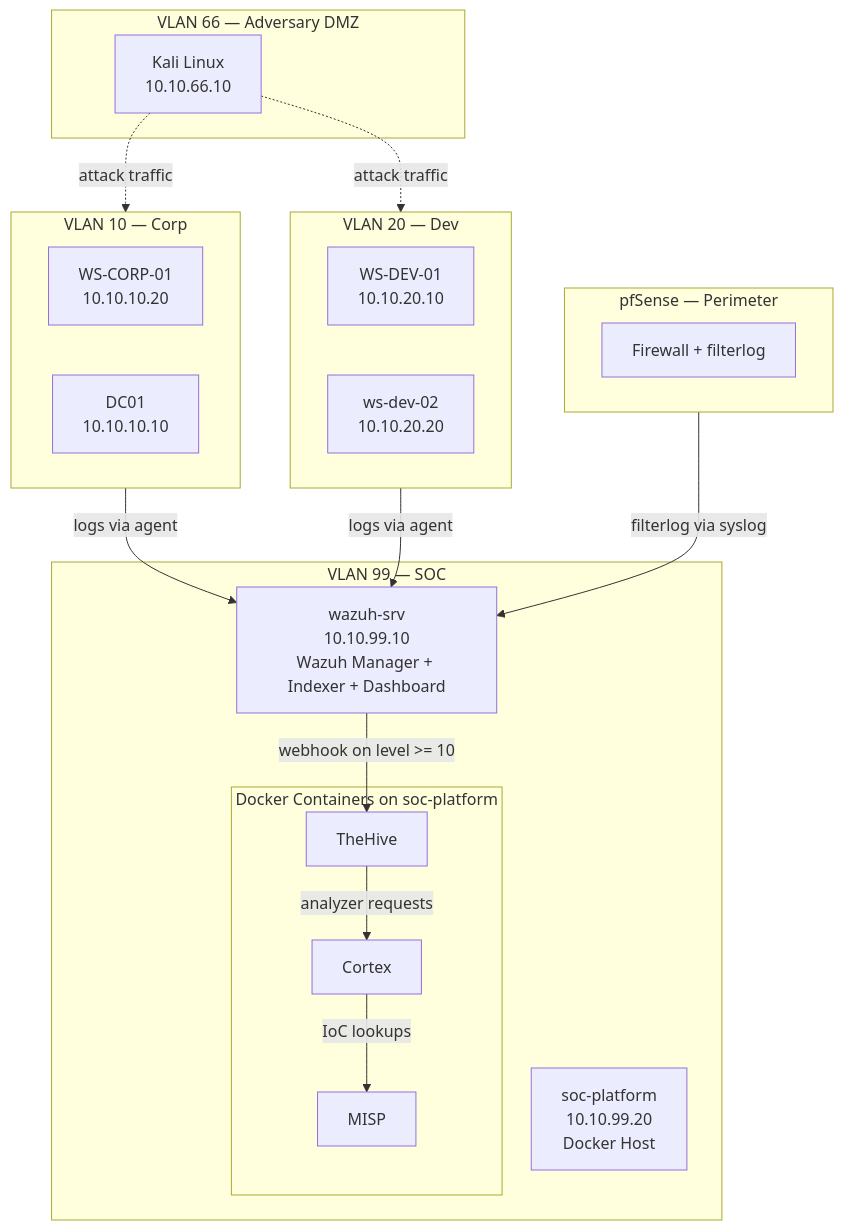
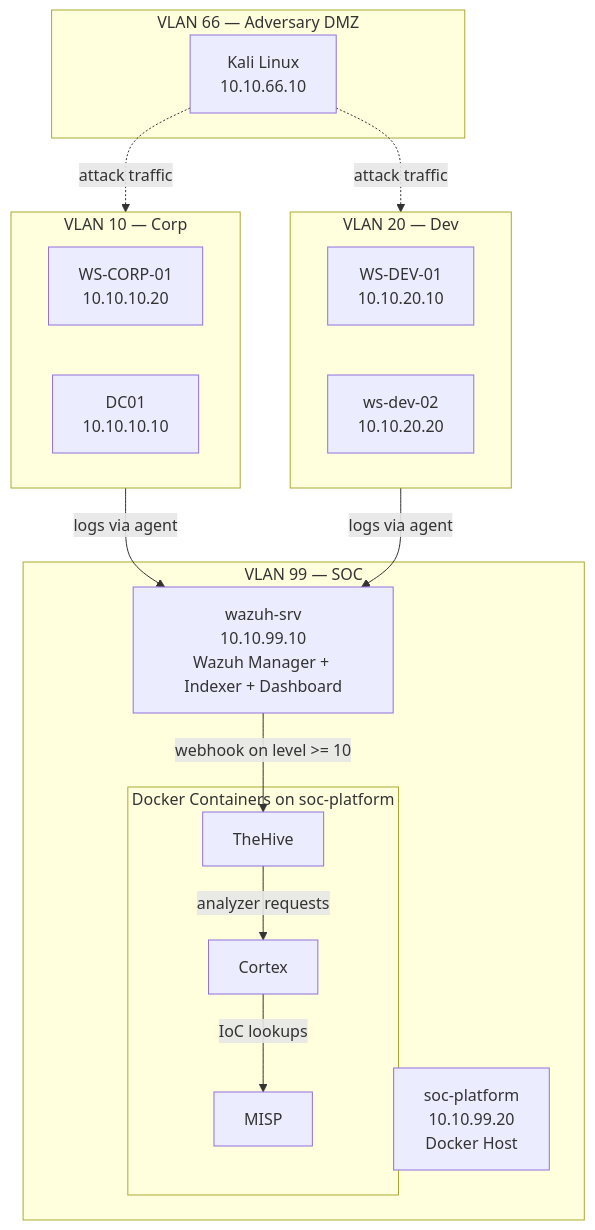
The diagram in docs/07-soc-platform/01-architecture.md (DanielBandarica02/SOC-HomeLab), drawn with Mermaid before and after one commit.

````diff
--- a/docs/07-soc-platform/01-architecture.md
+++ b/docs/07-soc-platform/01-architecture.md
@@ -32,39 +32,34 @@
 ```mermaid
 flowchart TB
     subgraph vlan66[VLAN 66 — Adversary DMZ]
         kali[Kali Linux<br/>10.10.66.10]
     end
  
     subgraph vlan10[VLAN 10 — Corp]
         wscorp[WS-CORP-01<br/>10.10.10.20]
         dc[DC01<br/>10.10.10.10]
     end
  
     subgraph vlan20[VLAN 20 — Dev]
         wsdev01[WS-DEV-01<br/>10.10.20.10]
         wsdev02[ws-dev-02<br/>10.10.20.20]
     end
  
-    subgraph pfsense[pfSense — Perimeter]
-        fw[Firewall + filterlog]
-    end
- 
     subgraph vlan99[VLAN 99 — SOC]
         wazuhsrv[wazuh-srv<br/>10.10.99.10<br/>Wazuh Manager + Indexer + Dashboard]
         socplatform[soc-platform<br/>10.10.99.20<br/>Docker Host]
         subgraph docker[Docker Containers on soc-platform]
             thehive[TheHive]
             cortex[Cortex]
             misp[MISP]
         end
     end
  
     kali -.->|attack traffic| vlan10
     kali -.->|attack traffic| vlan20
     vlan10 -->|logs via agent| wazuhsrv
     vlan20 -->|logs via agent| wazuhsrv
-    pfsense -->|filterlog via syslog| wazuhsrv
     wazuhsrv -->|webhook on level >= 10| thehive
     thehive -->|analyzer requests| cortex
     cortex -->|IoC lookups| misp
 ```
````
